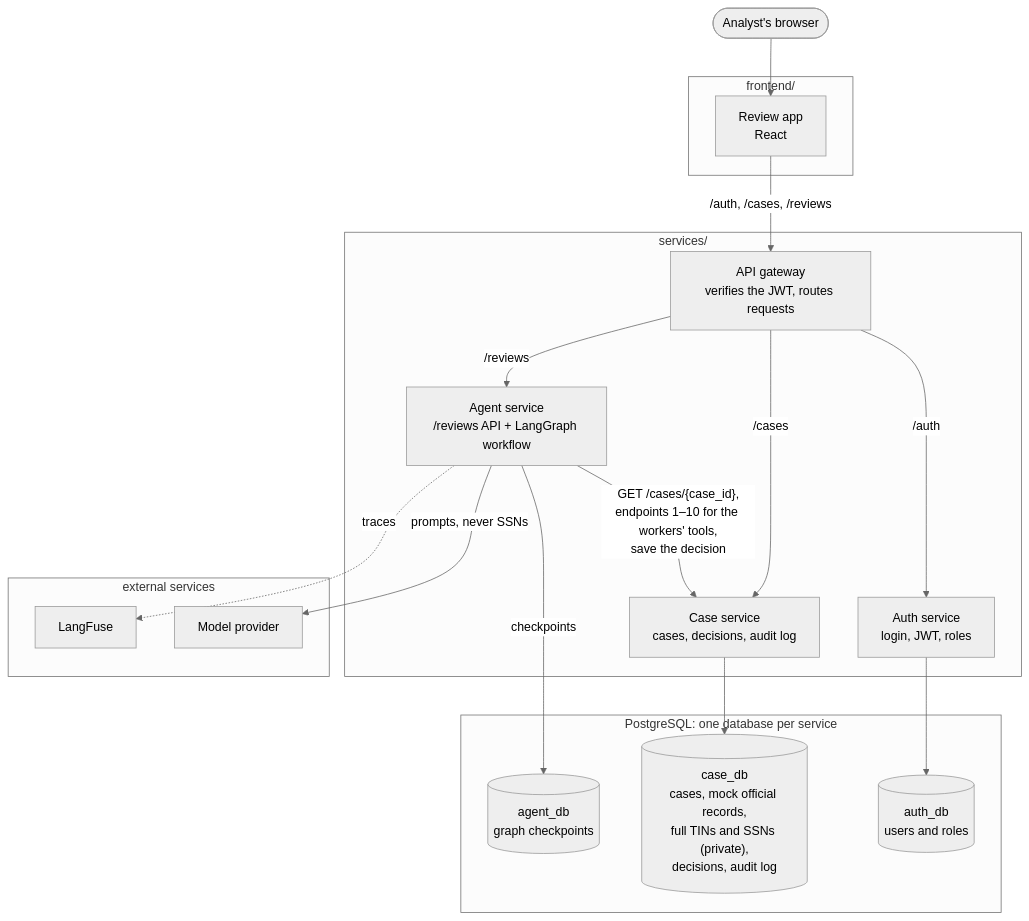
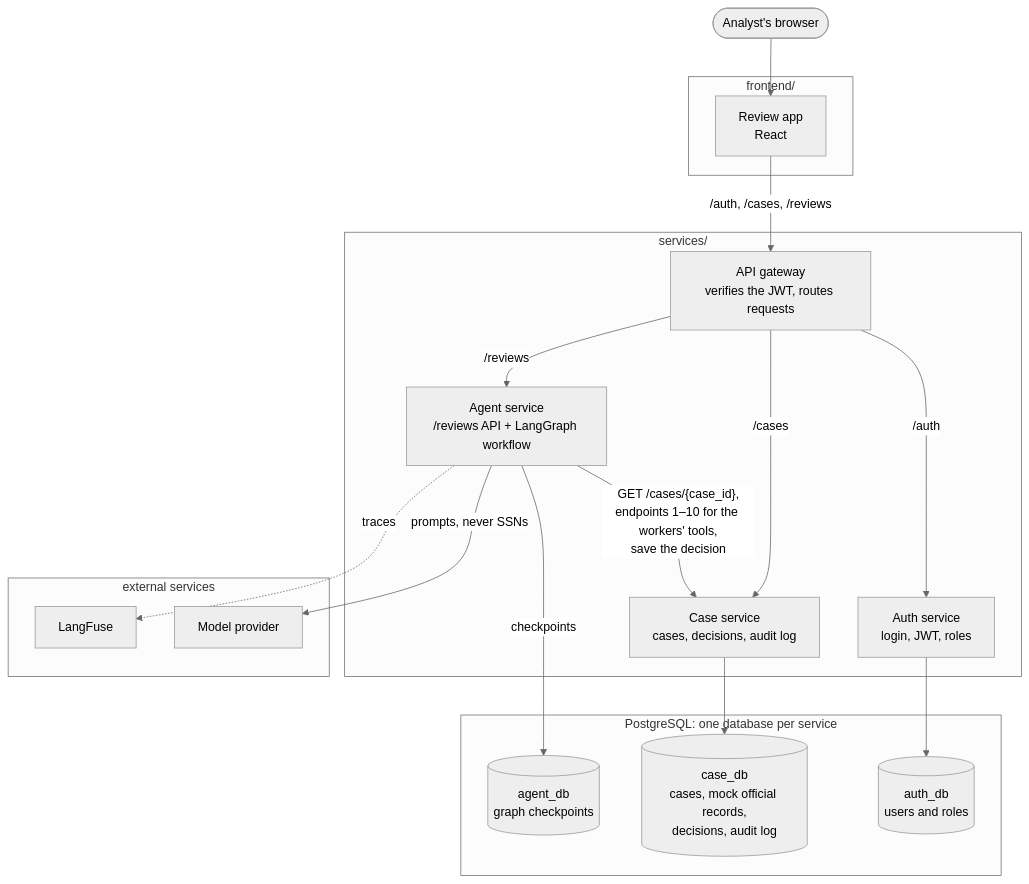
Before and after one commit to kimhw99/affirm-agent: the first of 3 diagrams in docs/architecture.md, drawn with Mermaid (neutral theme). The commit also changed other lines of this file and 11 other files, not shown here.

Commit message:
BEAC-12 BEAC-5: store no full TINs or SSNs; move the IRS record to mock.tin_records

````diff
--- a/docs/architecture.md
+++ b/docs/architecture.md
@@ -12,38 +12,38 @@
 ```mermaid
 flowchart TB
     analyst(["Analyst's browser"])
 
     subgraph fe["frontend/"]
         app["Review app<br/>React"]
     end
 
     subgraph svc["services/"]
         gw["API gateway<br/>verifies the JWT, routes requests"]
         auth["Auth service<br/>login, JWT, roles"]
         cases["Case service<br/>cases, decisions, audit log"]
         agent["Agent service<br/>/reviews API + LangGraph workflow"]
     end
 
     subgraph store["PostgreSQL: one database per service"]
         authdb[("auth_db<br/>users and roles")]
-        casedb[("case_db<br/>cases, mock official records,<br/>full TINs and SSNs (private),<br/>decisions, audit log")]
+        casedb[("case_db<br/>cases, mock official records,<br/>decisions, audit log")]
         agentdb[("agent_db<br/>graph checkpoints")]
     end
 
     subgraph ext["external services"]
         llm["Model provider"]
         lf["LangFuse"]
     end
 
     analyst --> app
     app -->|"/auth, /cases, /reviews"| gw
     gw -->|"/auth"| auth
     gw -->|"/cases"| cases
     gw -->|"/reviews"| agent
     agent -->|"GET /cases/{case_id},<br/>endpoints 1–10 for the workers' tools,<br/>save the decision"| cases
     auth --> authdb
     cases --> casedb
     agent -->|"checkpoints"| agentdb
     agent -->|"prompts, never SSNs"| llm
     agent -.->|"traces"| lf
 ```
````
